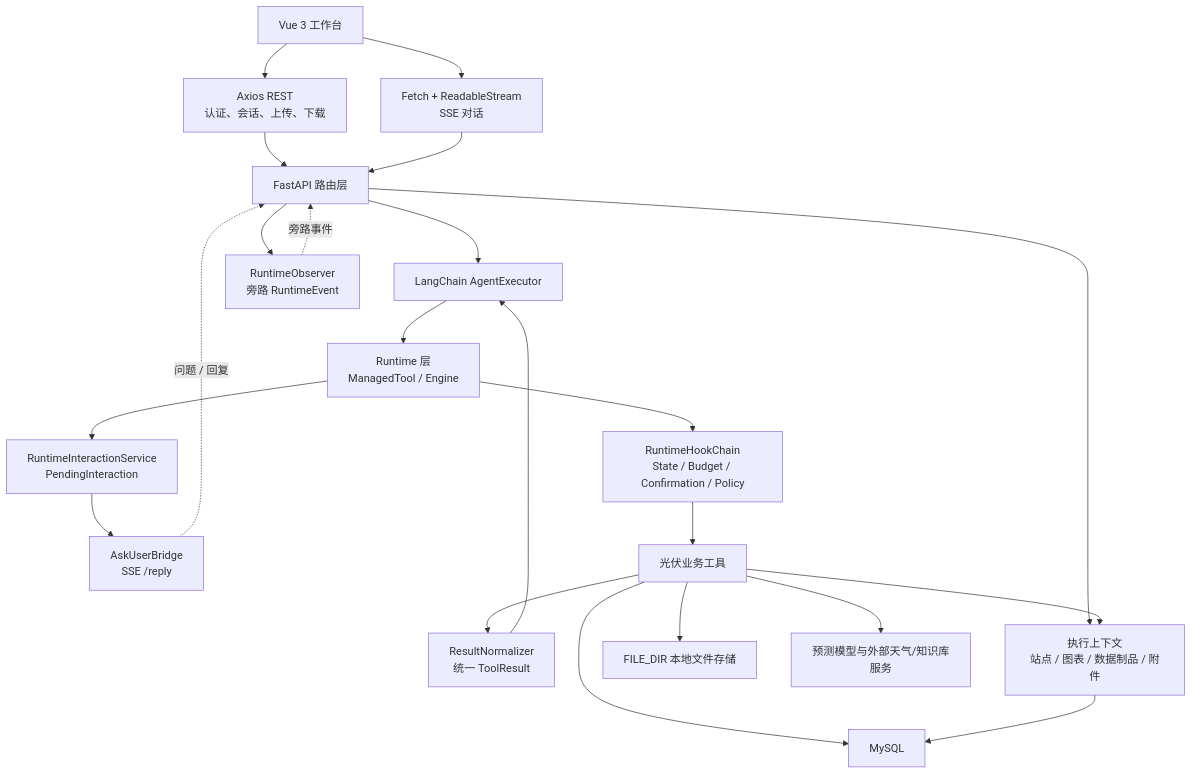
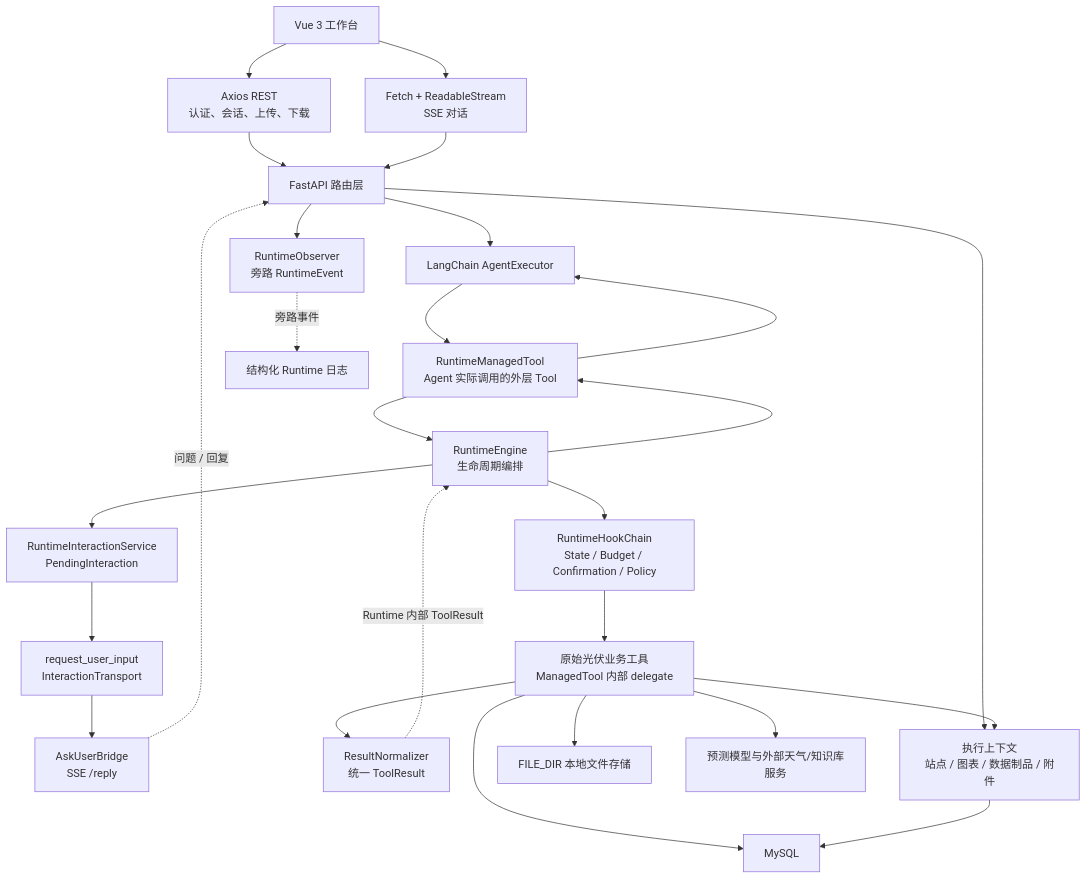
Before and after one commit to yke6519-droid/SOLVIA: the fourth of 4 diagrams in README.md, drawn with Mermaid. The commit also changed other lines of this file, not shown here.

Commit message:
Readme更新纠正

````diff
--- a/README.md
+++ b/README.md
@@ -256,41 +260,48 @@
 ```mermaid
 flowchart TB
     FE["Vue 3 工作台"]
     REST["Axios REST<br/>认证、会话、上传、下载"]
     SSE["Fetch + ReadableStream<br/>SSE 对话"]
     API["FastAPI 路由层"]
     AG["LangChain AgentExecutor"]
-    RT["Runtime 层<br/>ManagedTool / Engine"]
+    MT["RuntimeManagedTool<br/>Agent 实际调用的外层 Tool"]
+    RT["RuntimeEngine<br/>生命周期编排"]
     HC["RuntimeHookChain<br/>State / Budget / Confirmation / Policy"]
     INT["RuntimeInteractionService<br/>PendingInteraction"]
+    INPUT["request_user_input<br/>InteractionTransport"]
     BR["AskUserBridge<br/>SSE /reply"]
     OBS["RuntimeObserver<br/>旁路 RuntimeEvent"]
+    LOG["结构化 Runtime 日志"]
     NORM["ResultNormalizer<br/>统一 ToolResult"]
-    TOOL["光伏业务工具"]
+    TOOL["原始光伏业务工具<br/>ManagedTool 内部 delegate"]
     CTX["执行上下文<br/>站点 / 图表 / 数据制品 / 附件"]
     DB["MySQL"]
     FS["FILE_DIR 本地文件存储"]
     MODEL["预测模型与外部天气/知识库服务"]
 
     FE --> REST
     FE --> SSE
     REST --> API
     SSE --> API
     API --> AG
-    AG --> RT
+    AG --> MT
+    MT --> RT
     RT --> HC
     HC --> TOOL
     RT --> INT
-    INT --> BR
+    INT --> INPUT
+    INPUT --> BR
     BR -. "问题 / 回复" .-> API
     API --> OBS
-    OBS -. "旁路事件" .-> API
+    OBS -. "旁路事件" .-> LOG
     TOOL --> NORM
-    NORM --> AG
+    NORM -. "Runtime 内部 ToolResult" .-> RT
+    RT --> MT
+    MT --> AG
     API --> CTX
     TOOL --> CTX
     TOOL --> DB
     TOOL --> FS
     TOOL --> MODEL
     CTX --> DB
 ```
````
